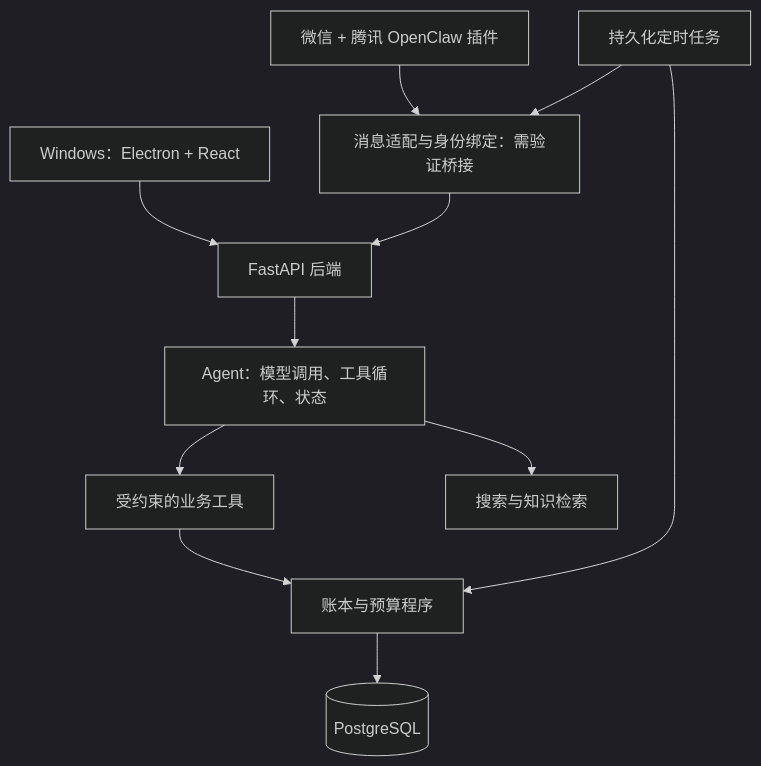
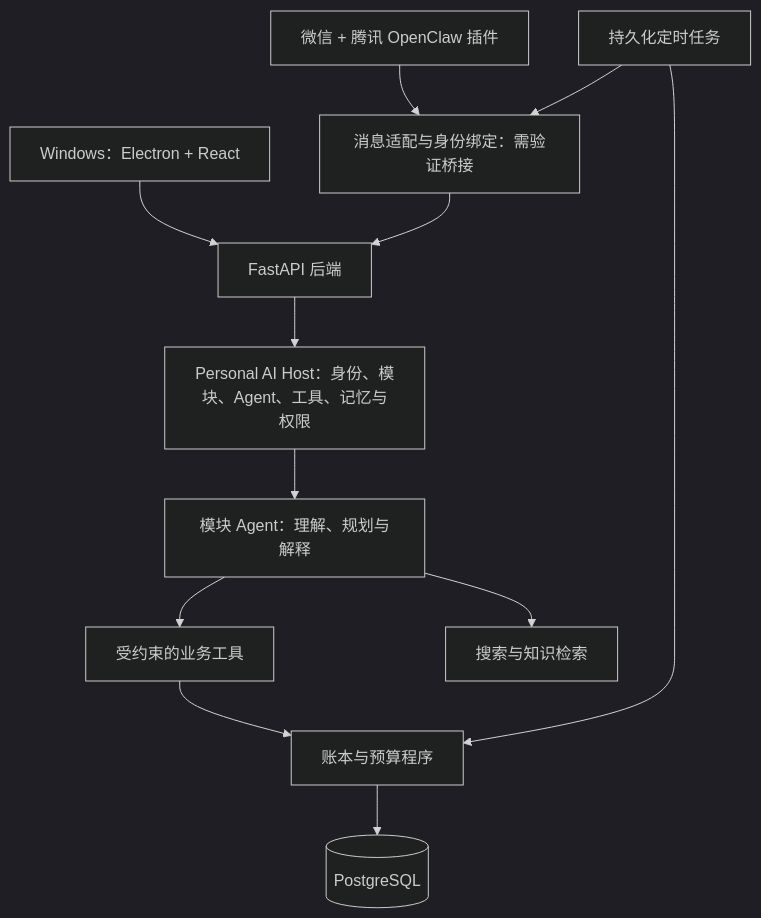
Before and after one commit to brakerham/Maris: the diagram in docs/project-plan.md, drawn with Mermaid (dark theme). The commit also changed other lines of this file and 6 other files, not shown here.

Commit message:
Plan extensible P4 personal AI host

````diff
--- a/docs/project-plan.md
+++ b/docs/project-plan.md
@@ -100,13 +103,14 @@
 ```mermaid
 flowchart TD
     W[微信 + 腾讯 OpenClaw 插件] --> A[消息适配与身份绑定：需验证桥接]
     D[Windows：Electron + React] --> B[FastAPI 后端]
     A --> B
-    B --> G[Agent：模型调用、工具循环、状态]
+    B --> H[Personal AI Host：身份、模块、Agent、工具、记忆与权限]
+    H --> G[模块 Agent：理解、规划与解释]
     G --> T[受约束的业务工具]
     T --> F[账本与预算程序]
     F --> DB[(PostgreSQL)]
     G --> S[搜索与知识检索]
     Q[持久化定时任务] --> A
     Q --> F
 ```
````
